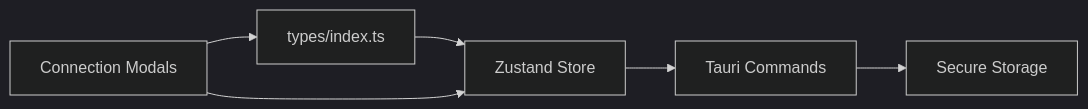
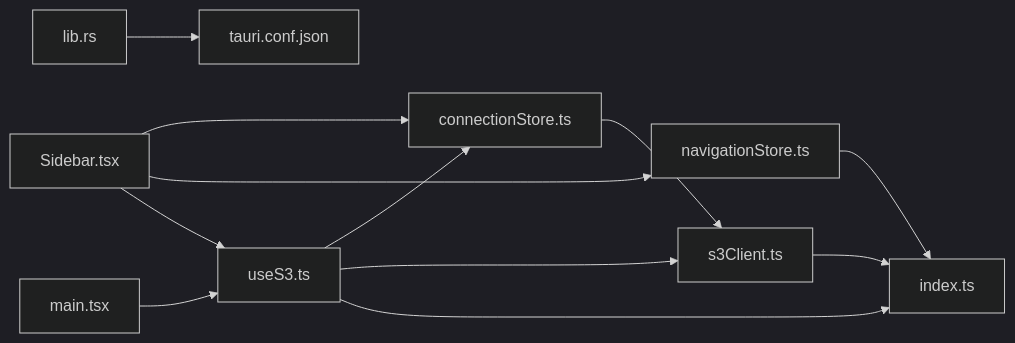
One commit to nasrulhadi/s3-explorer changed the sixth of 6 diagrams in .qoder/repowiki/en/content/Core Features/Connection Management.md. Above: the diagram before and after it, drawn with Mermaid (dark theme). The commit also changed other lines of this file and 46 other files, not shown here.

````diff
--- a/.qoder/repowiki/en/content/Core Features/Connection Management.md
+++ b/.qoder/repowiki/en/content/Core Features/Connection Management.md
@@ -280,8 +271,14 @@
 ```mermaid
 graph LR
-Types["types/index.ts"] --> Store["Zustand Store"]
-Store --> TauriCmds["Tauri Commands"]
-TauriCmds --> SecureStorage["Secure Storage"]
-UI["Connection Modals"] --> Store
-UI --> Types
+Sidebar["Sidebar.tsx"] --> ConnStore["connectionStore.ts"]
+Sidebar --> NavStore["navigationStore.ts"]
+Sidebar --> UseS3["useS3.ts"]
+UseS3 --> ConnStore
+UseS3 --> S3Client["s3Client.ts"]
+ConnStore --> S3Client
+S3Client --> Types["index.ts"]
+UseS3 --> Types
+NavStore --> Types
+Main["main.tsx"] --> UseS3
+TauriLib["lib.rs"] --> TauriConf["tauri.conf.json"]
 ```
````
